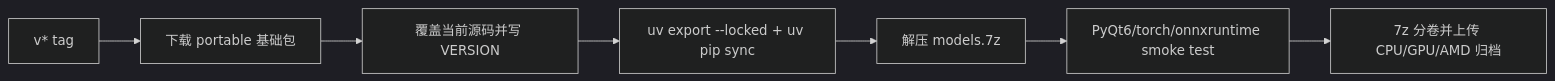
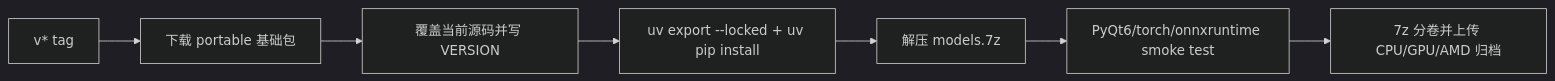
The first of 2 diagrams in doc/wiki/zh/developer/packaging-and-release.md (hgmzhn/manga-translator-ui), drawn with Mermaid (dark theme) before and after one commit. The commit also changed other lines of this file and 24 other files, not shown here.

````diff
--- a/doc/wiki/zh/developer/packaging-and-release.md
+++ b/doc/wiki/zh/developer/packaging-and-release.md
@@ -61,9 +61,9 @@
 ```mermaid
 flowchart LR
     T["v* tag"] --> B["下载 portable 基础包"]
     B --> S["覆盖当前源码并写 VERSION"]
-    S --> D["uv export --locked + uv pip sync"]
+    S --> D["uv export --locked + uv pip install"]
     D --> M["解压 models.7z"]
     M --> Q["PyQt6/torch/onnxruntime smoke test"]
     Q --> Z["7z 分卷并上传 CPU/GPU/AMD 归档"]
 ```
````
